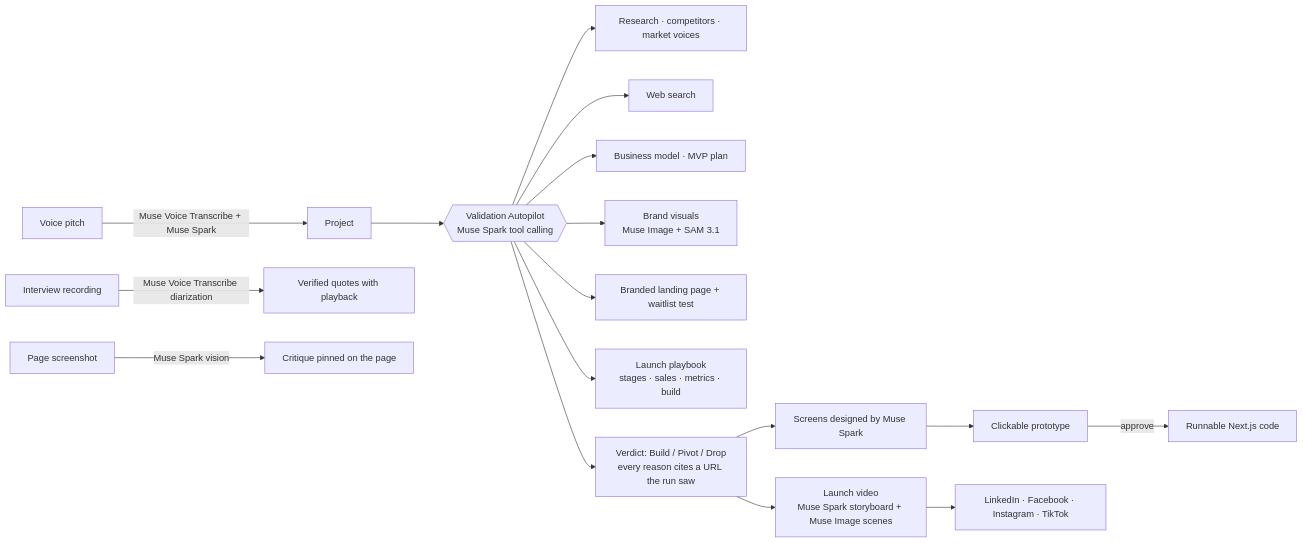
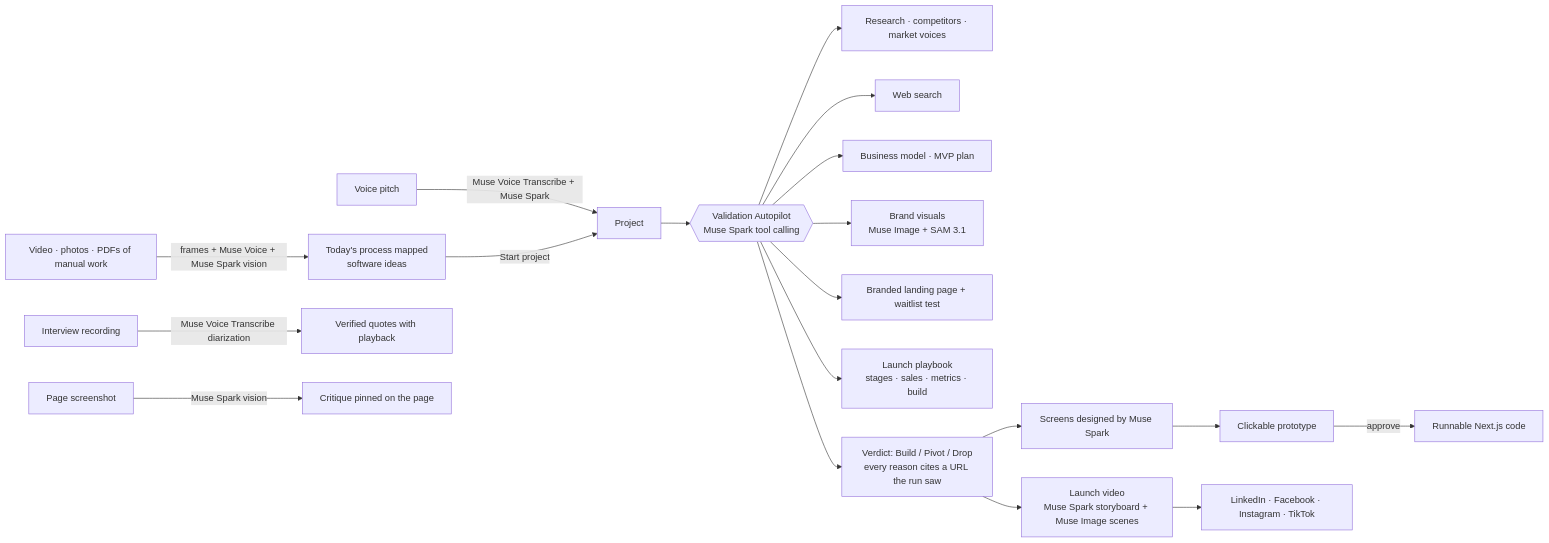
Before and after one commit to youcefbedrani/meta-ai-developer-cerebralvalley: the diagram in HACKATHON.md, drawn with Mermaid. The commit also changed other lines of this file and 26 other files, not shown here.

Commit message:
Hackathon: Traditional → Innovative: Muse Spark watches a video, photos or PDFs of manual work and proposes the software that replaces it, with an enterprise mode for big-company problems

````diff
--- a/HACKATHON.md
+++ b/HACKATHON.md
@@ -225,16 +253,17 @@
 ```mermaid
 flowchart LR
   V[Voice pitch] -->|Muse Voice Transcribe + Muse Spark| P[Project]
+  T[Video · photos · PDFs of manual work] -->|frames + Muse Voice + Muse Spark vision| TI[Today's process mapped<br/>software ideas] -->|Start project| P
   P --> A{{Validation Autopilot<br/>Muse Spark tool calling}}
   A --> R[Research · competitors · market voices]
   A --> W[Web search]
   A --> B[Business model · MVP plan]
   A --> D[Brand visuals<br/>Muse Image + SAM 3.1]
   A --> L[Branded landing page + waitlist test]
   A --> G[Launch playbook<br/>stages · sales · metrics · build]
   A --> X[Verdict: Build / Pivot / Drop<br/>every reason cites a URL the run saw]
   X --> DS[Screens designed by Muse Spark] --> PR[Clickable prototype] -->|approve| CODE[Runnable Next.js code]
   X --> VID[Launch video<br/>Muse Spark storyboard + Muse Image scenes] --> SOC[LinkedIn · Facebook · Instagram · TikTok]
   I[Interview recording] -->|Muse Voice Transcribe diarization| Q[Verified quotes with playback]
   S[Page screenshot] -->|Muse Spark vision| C[Critique pinned on the page]
 ```
````
